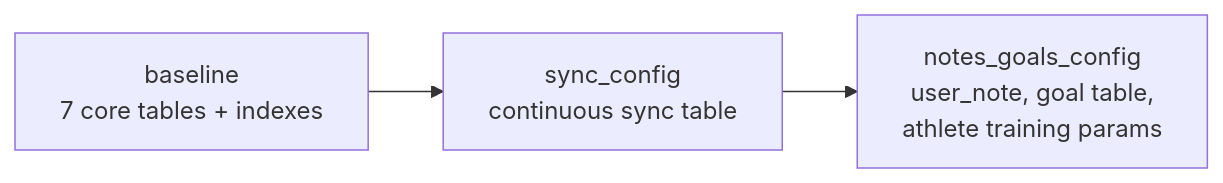
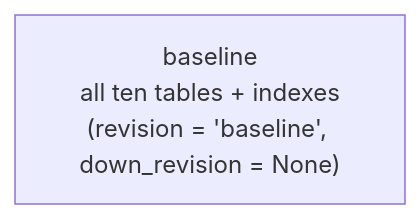
Before and after one commit to iiey/fitme: the seventh of 7 diagrams in doc/database.md, drawn with Mermaid. The commit also changed other lines of this file and 1 other file, not shown here.

````diff
--- a/doc/database.md
+++ b/doc/database.md
@@ -560,4 +585,4 @@
 ```mermaid
 flowchart LR
-    A["baseline<br/>7 core tables + indexes"] --> B["sync_config<br/>continuous sync table"] --> C["notes_goals_config<br/>user_note, goal table,<br/>athlete training params"]
+    A["baseline<br/>all ten tables + indexes<br/>(revision = 'baseline', down_revision = None)"]
 ```
````
